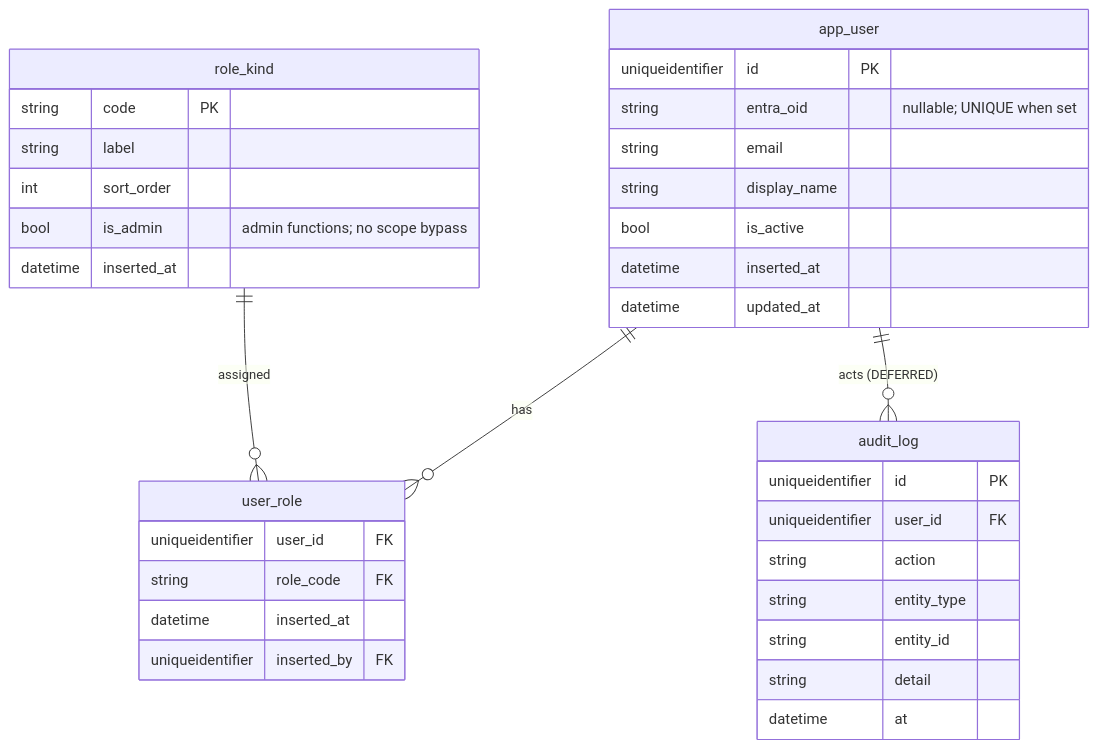
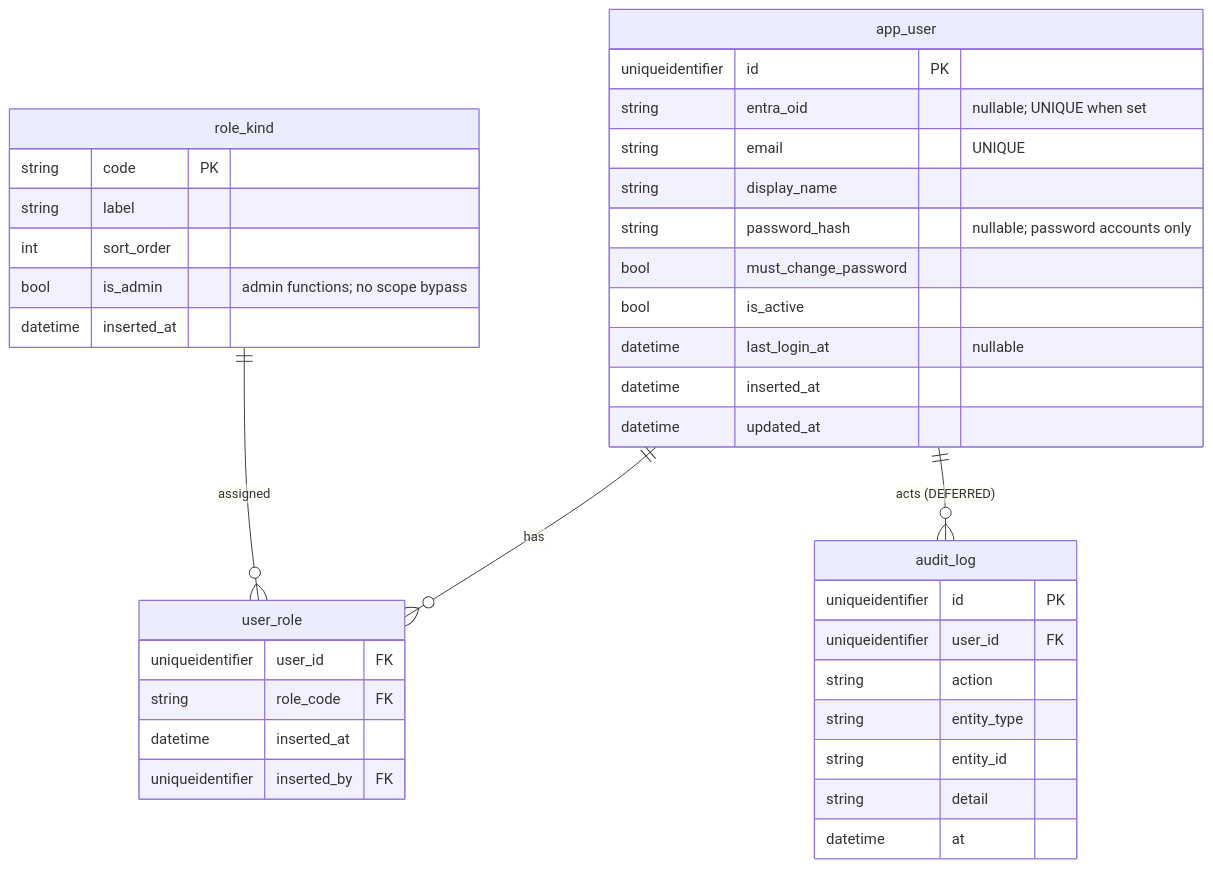
Before and after one commit to anilvenugopal/risk-workbench: the first of 8 diagrams in docs/DATA_MODEL.md, drawn with Mermaid. The commit also changed other lines of this file, not shown here.

````diff
--- a/docs/DATA_MODEL.md
+++ b/docs/DATA_MODEL.md
@@ -39,38 +39,41 @@
 ```mermaid
 erDiagram
   app_user ||--o{ user_role : has
   role_kind ||--o{ user_role : assigned
   app_user ||--o{ audit_log : "acts (DEFERRED)"
 
   app_user {
     uniqueidentifier id PK
     string entra_oid "nullable; UNIQUE when set"
-    string email
+    string email "UNIQUE"
     string display_name
+    string password_hash "nullable; password accounts only"
+    bool must_change_password
     bool is_active
+    datetime last_login_at "nullable"
     datetime inserted_at
     datetime updated_at
   }
   role_kind {
     string code PK
     string label
     int sort_order
     bool is_admin "admin functions; no scope bypass"
     datetime inserted_at
   }
   user_role {
     uniqueidentifier user_id FK
     string role_code FK
     datetime inserted_at
     uniqueidentifier inserted_by FK
   }
   audit_log {
     uniqueidentifier id PK
     uniqueidentifier user_id FK
     string action
     string entity_type
     string entity_id
     string detail
     datetime at
   }
 ```
````
